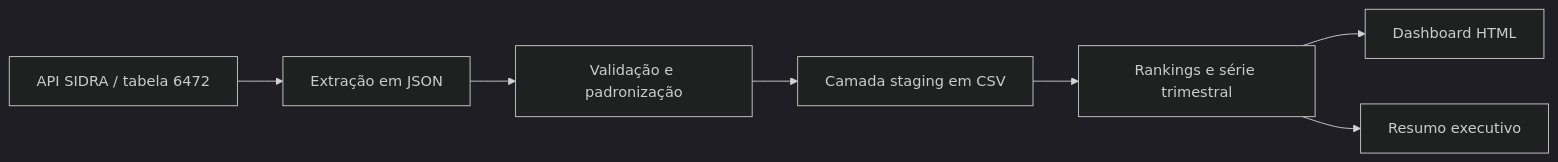
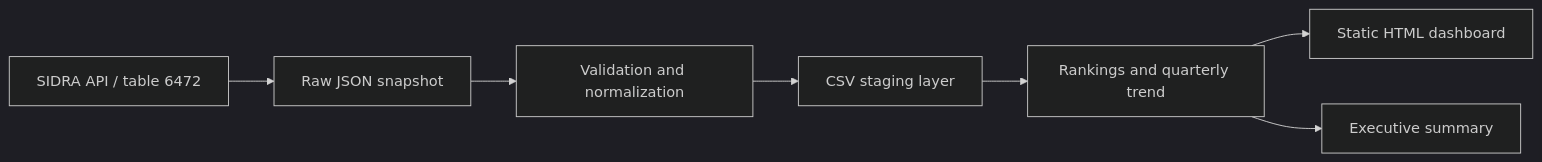
Before and after one commit to MauricioTaguchi/analise-renda-brasil: the diagram in docs/ARCHITECTURE.md, drawn with Mermaid (dark theme). The commit also changed other lines of this file and 28 other files, not shown here.

````diff
--- a/docs/ARCHITECTURE.md
+++ b/docs/ARCHITECTURE.md
@@ -3,9 +3,9 @@
 ```mermaid
 flowchart LR
-    A[API SIDRA / tabela 6472] --> B[Extração em JSON]
-    B --> C[Validação e padronização]
-    C --> D[Camada staging em CSV]
-    D --> E[Rankings e série trimestral]
-    E --> F[Dashboard HTML]
-    E --> G[Resumo executivo]
+    A[SIDRA API / table 6472] --> B[Raw JSON snapshot]
+    B --> C[Validation and normalization]
+    C --> D[CSV staging layer]
+    D --> E[Rankings and quarterly trend]
+    E --> F[Static HTML dashboard]
+    E --> G[Executive summary]
 ```
````
